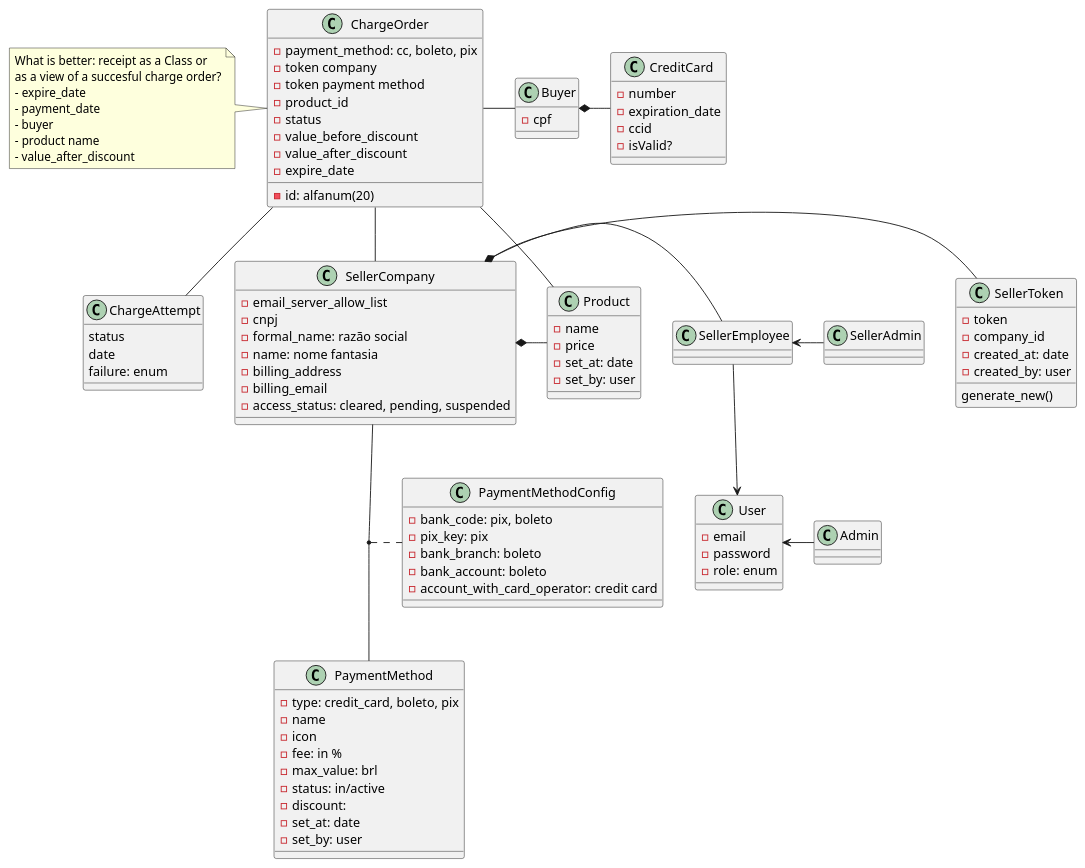
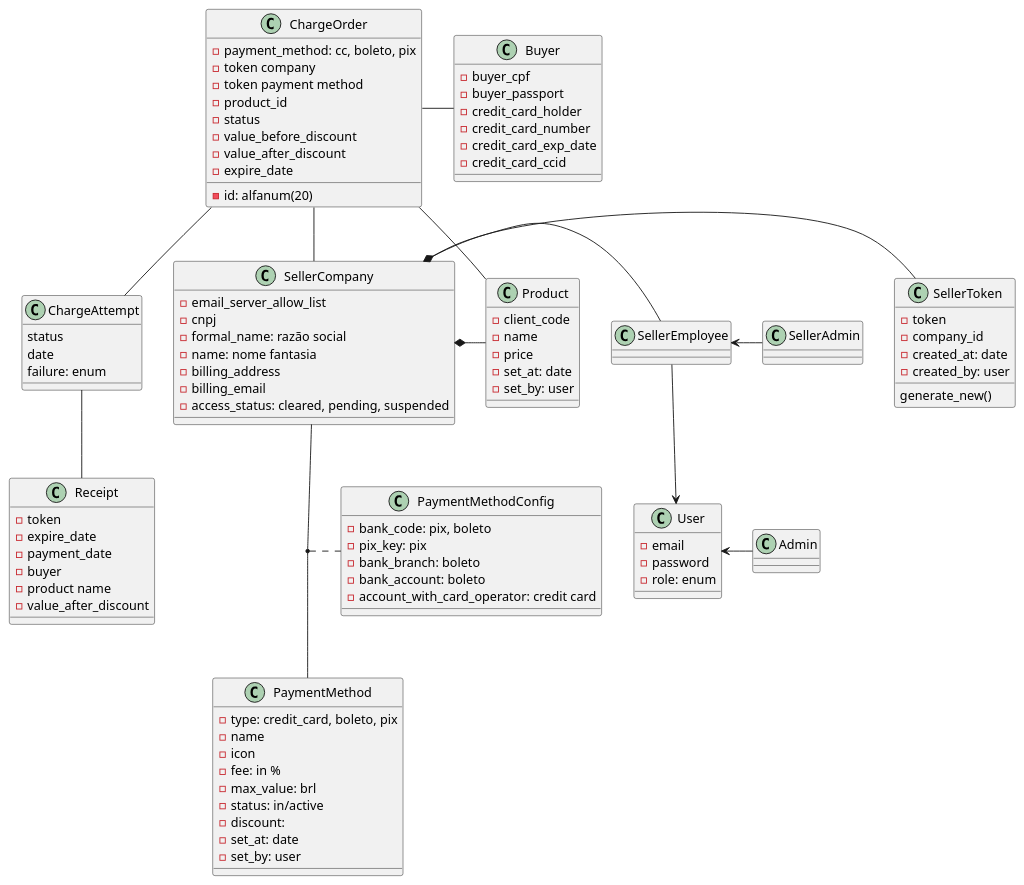
Before and after one commit to kyriri/treinadev6-2paynow: the diagram in project.puml, drawn with PlantUML. The commit also changed 2 other files, not shown here.

Commit message:
Update UML diagram

```diff
--- a/project.puml
+++ b/project.puml
@@ -3,119 +3,116 @@
 @startuml "PayNow"
 
 class Admin
 
 class Buyer {
-  -cpf
+  -buyer_cpf
+  -buyer_passport
+  -credit_card_holder
+  -credit_card_number
+  -credit_card_exp_date
+  -credit_card_ccid
 }
 
 class ChargeAttempt {
   status
   date
   failure: enum
+  'enum: code returned by cc operator
 }
 
 class ChargeOrder {
   -id: alfanum(20)
   -payment_method: cc, boleto, pix
   ' if CC, its details
   ' else, boleto/pix data (is that the payment method token?)
   -token company
   -token payment method
   -product_id
   -status
   'status: pending (default), approved, rejected
   -value_before_discount
   -value_after_discount
   -expire_date
 }
 
-note left of ChargeOrder
-  What is better: receipt as a Class or 
-  as a view of a succesful charge order?
+class Receipt {
+  - token
   - expire_date
   - payment_date
   - buyer
   - product name
   - value_after_discount
-  end note
-
-
-class CreditCard {
-  -number
-  -expiration_date
-  -ccid
-  -isValid?
 }
 
 class PaymentMethod {
   -type: credit_card, boleto, pix
   -name
   -icon
   -fee: in %
   -max_value: brl
   -status: in/active
   -discount:
   -set_at: date
   -set_by: user
 }
 
 class PaymentMethodConfig {
   -bank_code: pix, boleto
   -pix_key: pix
   -bank_branch: boleto
   -bank_account: boleto
   -account_with_card_operator: credit card
 }
 
 class Product {
+  -client_code
   -name
   -price 
   -set_at: date
   -set_by: user
 }
 
 class SellerCompany {
   -email_server_allow_list
   -cnpj
   -formal_name: razão social
   -name: nome fantasia
   -billing_address
   -billing_email
   -access_status: cleared, pending, suspended
   ' all fields above required for platform access
 }
 
 class SellerEmployee {
 }
 
 class SellerToken {
   -token
   -company_id
   -created_at: date
   -created_by: user
   generate_new()
 }
 
 class User {
   -email
   -password
   -role: enum 
   'enum: platform admin, seller admin, seller employee
 }
 
 User <- Admin
 User <-up- SellerEmployee
 SellerEmployee <- SellerAdmin
 
-
-Buyer *- CreditCard
 SellerCompany *- SellerEmployee
 SellerCompany *- Product
 SellerCompany - SellerToken
 ChargeOrder -- SellerCompany
 ChargeOrder -- Product
 ChargeOrder - Buyer
 ChargeOrder -- ChargeAttempt
+ChargeAttempt -- Receipt
 (SellerCompany, PaymentMethod) .. PaymentMethodConfig
 
 @enduml
```
